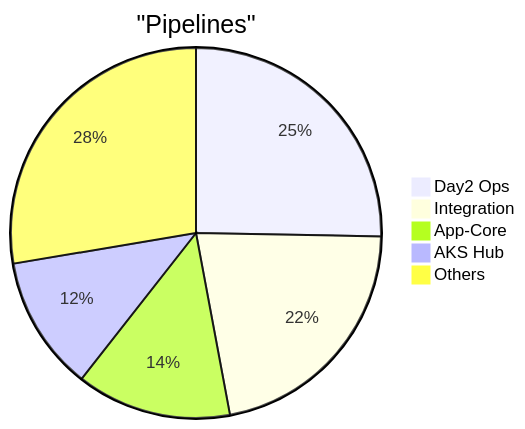
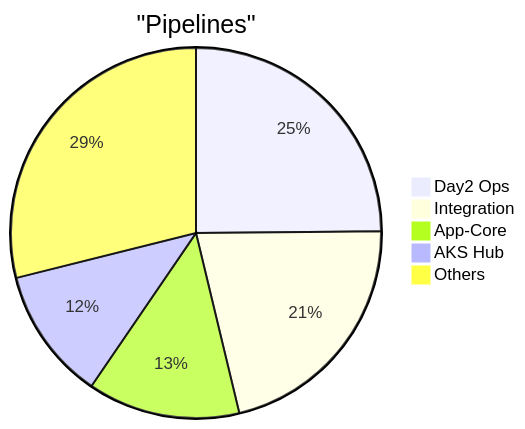
Before and after one commit to nubenetes/terraform-azure-devops: diagram 17 of 21 in README.md, drawn with Mermaid. The commit also changed other lines of this file and 1 other file, not shown here.

````diff
--- a/README.md
+++ b/README.md
@@ -1341,8 +1341,8 @@
 ```mermaid
 pie title "Pipelines"
     "Day2 Ops" : 43
     "Integration" : 37
     "App-Core" : 23
     "AKS Hub" : 20
-    "Others" : 47
+    "Others" : 50
 ```
````
